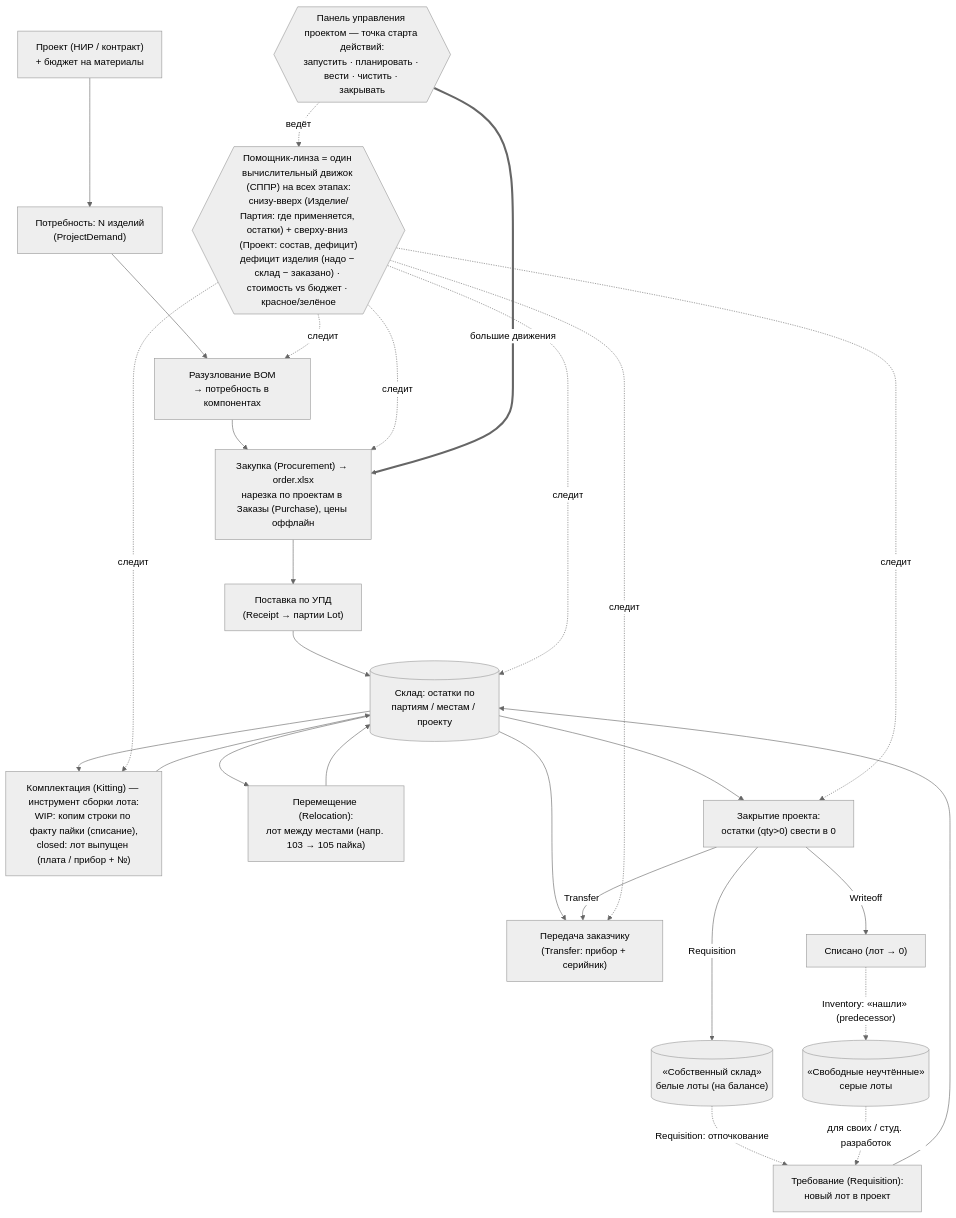
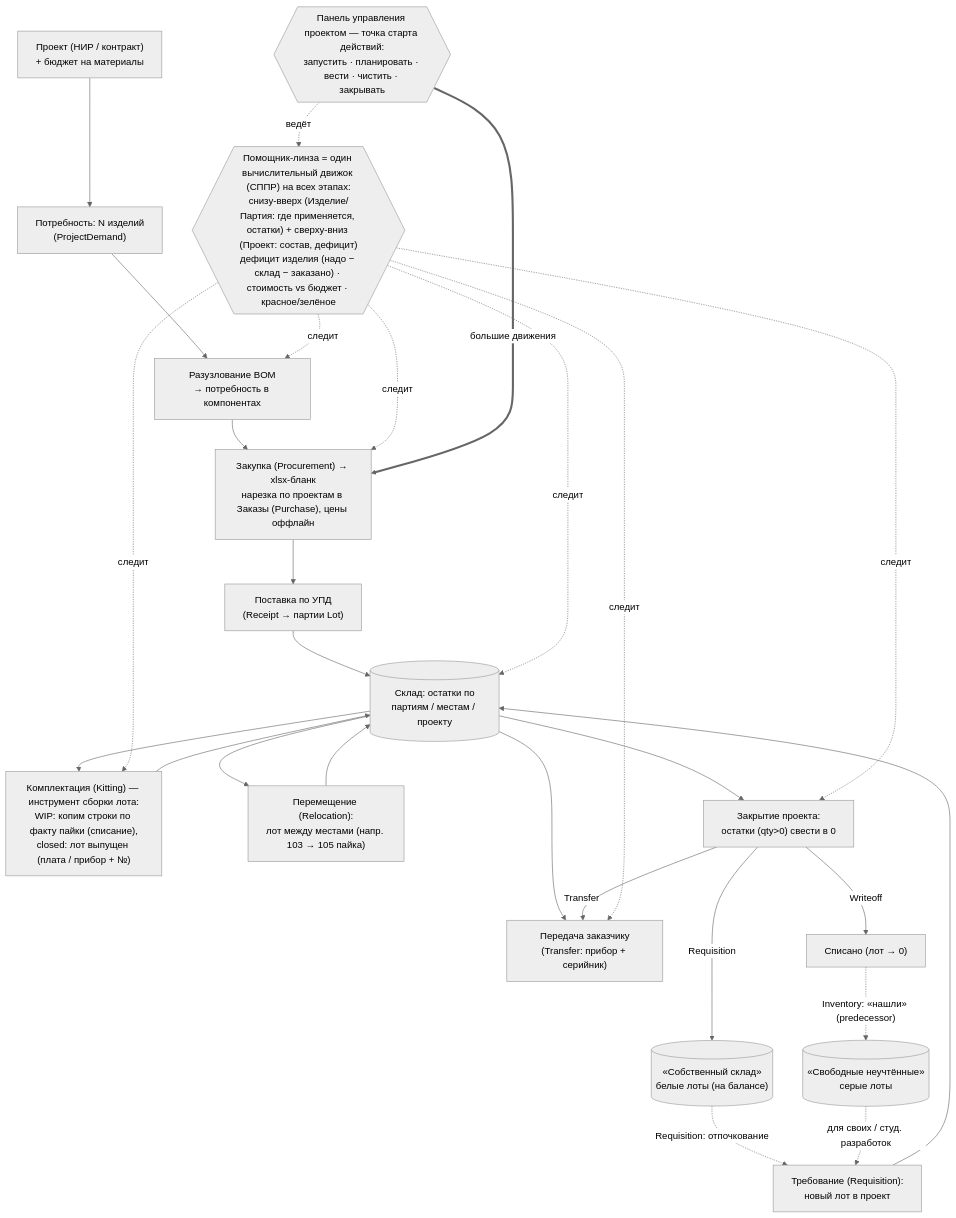
The first of 2 diagrams in README.md (ivanpotylitcyn/plume), drawn with Mermaid (neutral theme) before and after one commit. The commit also changed other lines of this file and 14 other files, not shown here.

````diff
--- a/README.md
+++ b/README.md
@@ -100,36 +100,36 @@
 ```mermaid
 flowchart TD
   P["Проект (НИР / контракт)<br/>+ бюджет на материалы"] --> D["Потребность: N изделий<br/>(ProjectDemand)"]
   D --> B["Разузлование BOM<br/>→ потребность в компонентах"]
-  B --> ORD["Закупка (Procurement) → order.xlsx<br/>нарезка по проектам в Заказы (Purchase), цены оффлайн"]
+  B --> ORD["Закупка (Procurement) → xlsx-бланк<br/>нарезка по проектам в Заказы (Purchase), цены оффлайн"]
   ORD --> UPD["Поставка по УПД<br/>(Receipt → партии Lot)"]
   UPD --> W
 
   W[("Склад: остатки по<br/>партиям / местам / проекту")]
   W --> KIT["Комплектация (Kitting) — инструмент сборки лота:<br/>WIP: копим строки по факту пайки (списание),<br/>closed: лот выпущен (плата / прибор + №)"]
   KIT --> W
   W --> REL["Перемещение (Relocation):<br/>лот между местами (напр. 103 → 105 пайка)"]
   REL --> W
   W --> T["Передача заказчику<br/>(Transfer: прибор + серийник)"]
 
   W --> CLOSE["Закрытие проекта:<br/>остатки (qty>0) свести в 0"]
   CLOSE -->|Transfer| T
   CLOSE -->|Writeoff| WOFF["Списано (лот → 0)"]
   CLOSE -->|Requisition| WHITE[("«Собственный склад»<br/>белые лоты (на балансе)")]
   WOFF -.->|"Inventory: «нашли» (predecessor)"| GRAY[("«Свободные неучтённые»<br/>серые лоты")]
 
   WHITE -.->|"Requisition: отпочкование"| REQ["Требование (Requisition):<br/>новый лот в проект"]
   GRAY -.->|"для своих / студ. разработок"| REQ
   REQ --> W
 
   LENS{{"Помощник-линза = один вычислительный движок (СППР) на всех этапах:<br/>снизу-вверх (Изделие/Партия: где применяется, остатки) + сверху-вниз (Проект: состав, дефицит)<br/>дефицит изделия (надо − склад − заказано) · стоимость vs бюджет · красное/зелёное"}}
   DASH{{"Панель управления проектом — точка старта действий:<br/>запустить · планировать · вести · чистить · закрывать"}}
   LENS -. следит .-> B
   LENS -. следит .-> ORD
   LENS -. следит .-> W
   LENS -. следит .-> KIT
   LENS -. следит .-> T
   LENS -. следит .-> CLOSE
   DASH -. ведёт .-> LENS
   DASH ==>|"большие движения"| ORD
 ```
````
